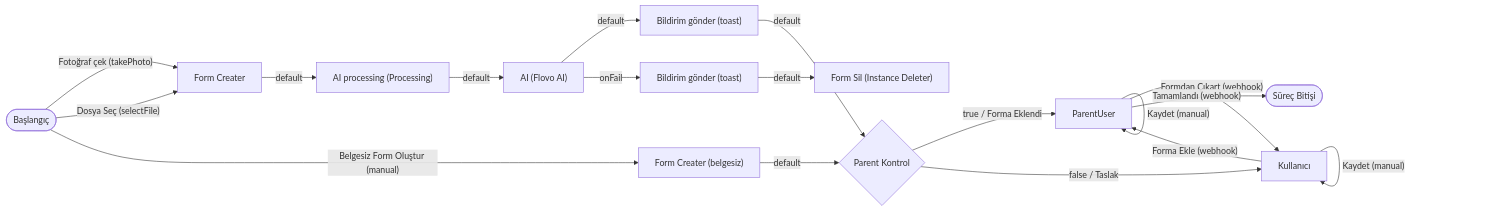
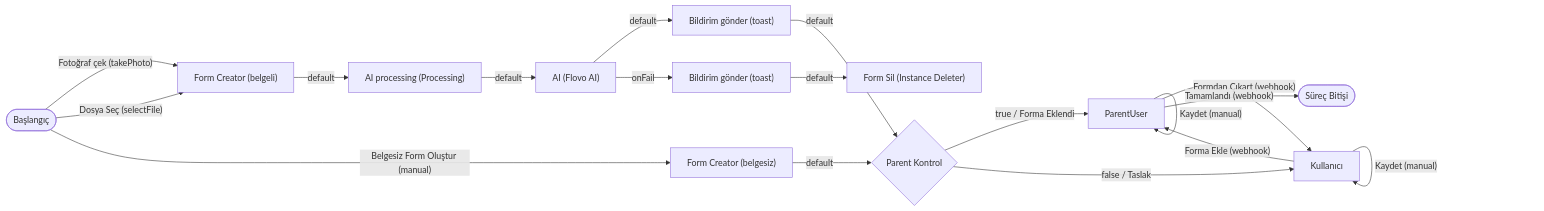
The first of 3 diagrams in bpmEngine/sampleProcess/expenseAndCreditCard/expense.md (hiveteamsai/flovo-bpm-doc), drawn with Mermaid before and after one commit. The commit also changed other lines of this file and 51 other files, not shown here.

````diff
--- a/bpmEngine/sampleProcess/expenseAndCreditCard/expense.md
+++ b/bpmEngine/sampleProcess/expenseAndCreditCard/expense.md
@@ -12,33 +12,33 @@
 ```mermaid
 flowchart LR
   start(["Başlangıç"])
-  fc1["Form Creater"]
-  fc2["Form Creater (belgesiz)"]
+  fc1["Form Creator (belgeli)"]
+  fc2["Form Creator (belgesiz)"]
   proc["AI processing (Processing)"]
   ai["AI (Flovo AI)"]
   n1["Bildirim gönder (toast)"]
   n2["Bildirim gönder (toast)"]
   del["Form Sil (Instance Deleter)"]
   pc{"Parent Kontrol"}
   user["Kullanıcı"]
   puser["ParentUser"]
   son(["Süreç Bitişi"])
 
   start -->|"Fotoğraf çek (takePhoto)"| fc1
   start -->|"Dosya Seç (selectFile)"| fc1
   start -->|"Belgesiz Form Oluştur (manual)"| fc2
   fc1 -->|"default"| proc
   proc -->|"default"| ai
   ai -->|"default"| n1
   ai -->|"onFail"| n2
   n2 -->|"default"| del
   n1 -->|"default"| pc
   fc2 -->|"default"| pc
   pc -->|"true / Forma Eklendi"| puser
   pc -->|"false / Taslak"| user
   user -->|"Kaydet (manual)"| user
   user -->|"Forma Ekle (webhook)"| puser
   puser -->|"Kaydet (manual)"| puser
   puser -->|"Formdan Çıkart (webhook)"| user
   puser -->|"Tamamlandı (webhook)"| son
 ```
````
